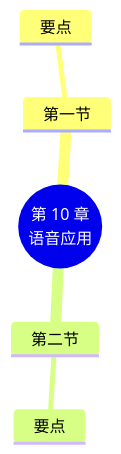
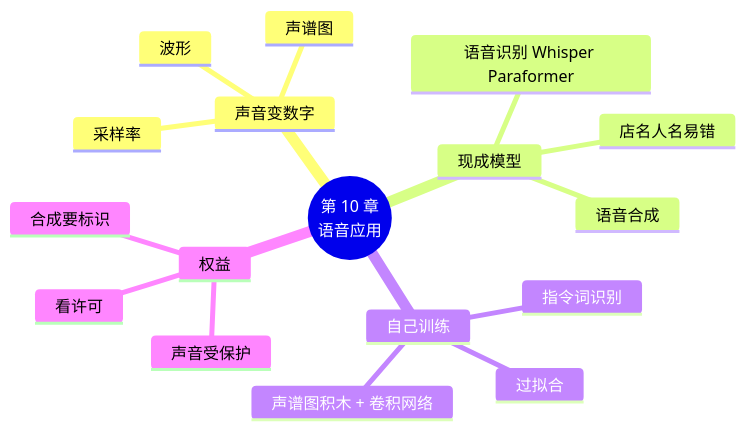
The diagram in docs/chapters/10-speech-apps/index.md (MingziFu9/ai-frameworks), drawn with Mermaid before and after one commit. The commit also changed other lines of this file and 28 other files, not shown here.

First line of the commit message:
第 10 章：语音应用（声谱图、Whisper/Paraformer 识别与合成、语音指令识别器）、看见声音动画

````diff
--- a/docs/chapters/10-speech-apps/index.md
+++ b/docs/chapters/10-speech-apps/index.md
@@ -185,8 +469,20 @@
 ```mermaid
 mindmap
   root((第 10 章<br/>语音应用))
-    第一节
-      要点
-    第二节
-      要点
+    声音变数字
+      采样率
+      波形
+      声谱图
+    现成模型
+      语音识别 Whisper Paraformer
+      语音合成
+      店名人名易错
+    自己训练
+      指令词识别
+      声谱图积木 + 卷积网络
+      过拟合
+    权益
+      声音受保护
+      合成要标识
+      看许可
 ```
````
